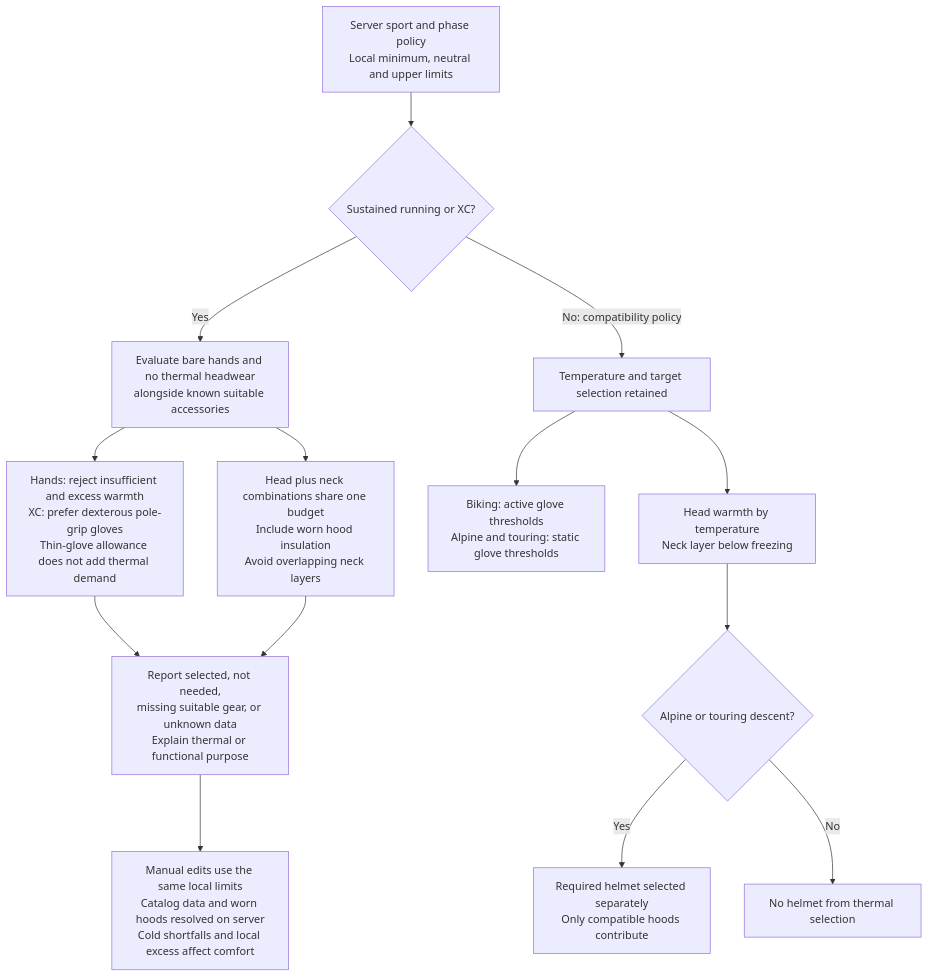
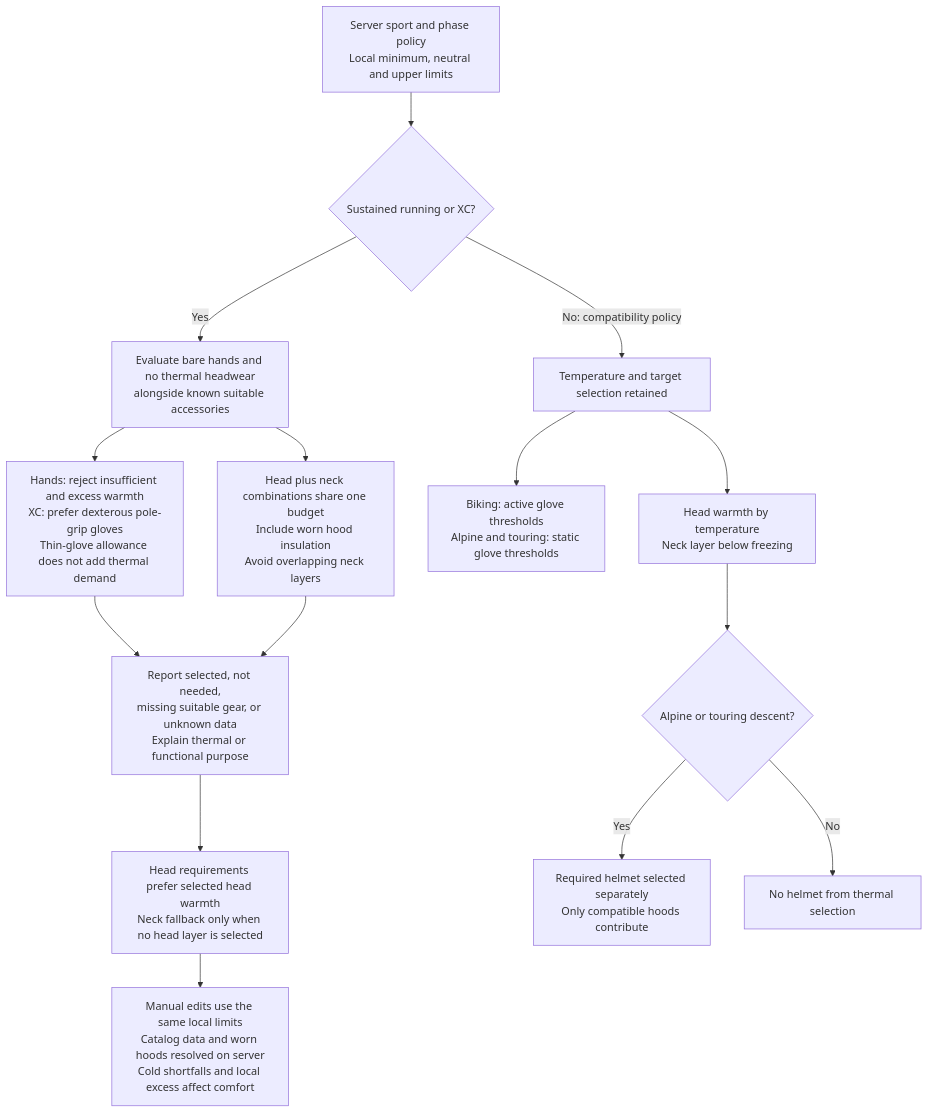
One commit to derobertsw/swttr changed the sixth of 7 diagrams in README.md. Above: the diagram before and after it, drawn with Mermaid. The commit also changed 6 other files, not shown here.

````diff
--- a/README.md
+++ b/README.md
@@ -265,16 +265,17 @@
 ```mermaid
 graph TD
     EXT[Server sport and phase policy<br/>Local minimum, neutral and upper limits] --> MODE{Sustained running or XC?}
     MODE -->|Yes| BARE[Evaluate bare hands and no thermal headwear<br/>alongside known suitable accessories]
     BARE --> HAND[Hands: reject insufficient and excess warmth<br/>XC: prefer dexterous pole-grip gloves<br/>Thin-glove allowance does not add thermal demand]
     BARE --> HEAD[Head plus neck combinations share one budget<br/>Include worn hood insulation<br/>Avoid overlapping neck layers]
     HAND --> STATE[Report selected, not needed,<br/>missing suitable gear, or unknown data<br/>Explain thermal or functional purpose]
     HEAD --> STATE
-    STATE --> EDIT[Manual edits use the same local limits<br/>Catalog data and worn hoods resolved on server<br/>Cold shortfalls and local excess affect comfort]
+    STATE --> MATCH[Head requirements prefer selected head warmth<br/>Neck fallback only when no head layer is selected]
+    MATCH --> EDIT[Manual edits use the same local limits<br/>Catalog data and worn hoods resolved on server<br/>Cold shortfalls and local excess affect comfort]
     MODE -->|No: compatibility policy| LEGACY[Temperature and target selection retained]
     LEGACY --> LHAND[Biking: active glove thresholds<br/>Alpine and touring: static glove thresholds]
     LEGACY --> LHEAD[Head warmth by temperature<br/>Neck layer below freezing]
     LHEAD --> HELMET{Alpine or touring descent?}
     HELMET -->|Yes| REQUIRED[Required helmet selected separately<br/>Only compatible hoods contribute]
     HELMET -->|No| NOHELMET[No helmet from thermal selection]
 ```
````
